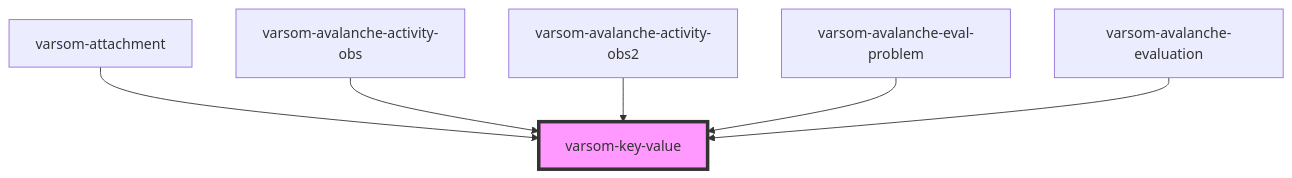
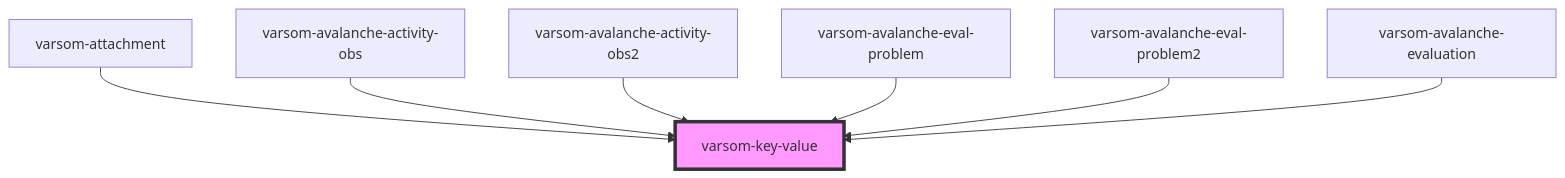
The diagram in observasjonskort/src/components/varsom-key-value/readme.md (NVE/varsom-observation), drawn with Mermaid before and after one commit. The commit also changed other lines of this file and 3 other files, not shown here.

````diff
--- a/observasjonskort/src/components/varsom-key-value/readme.md
+++ b/observasjonskort/src/components/varsom-key-value/readme.md
@@ -27,9 +28,10 @@
 ```mermaid
 graph TD;
   varsom-attachment --> varsom-key-value
   varsom-avalanche-activity-obs --> varsom-key-value
   varsom-avalanche-activity-obs2 --> varsom-key-value
   varsom-avalanche-eval-problem --> varsom-key-value
+  varsom-avalanche-eval-problem2 --> varsom-key-value
   varsom-avalanche-evaluation --> varsom-key-value
   style varsom-key-value fill:#f9f,stroke:#333,stroke-width:4px
 ```
````
